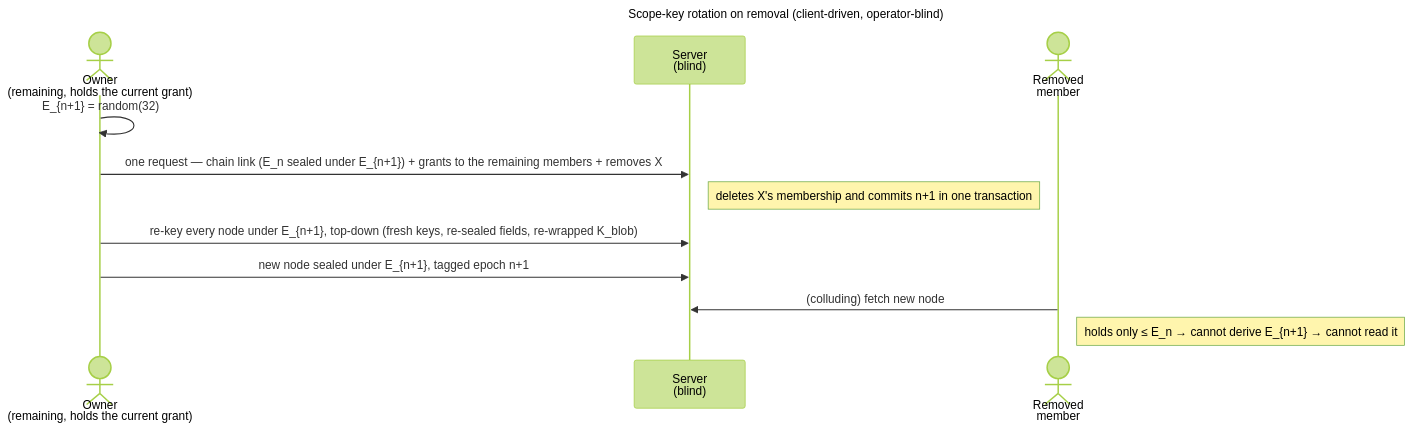
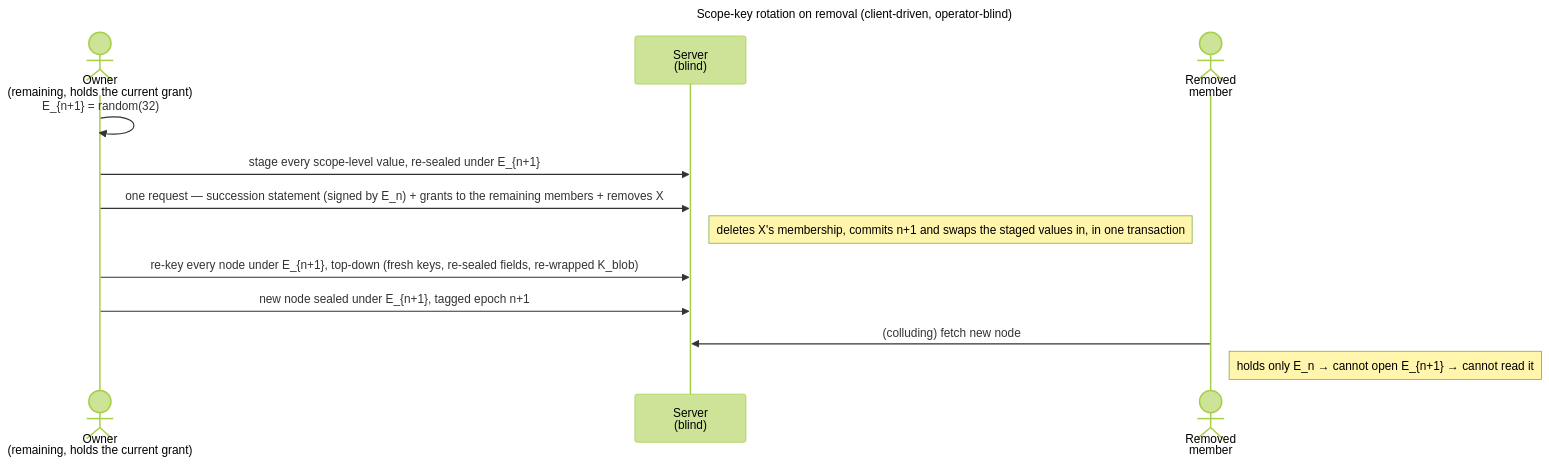
The diagram in docs/features/spaces/enablers/en.spaces.scope-key-rotation.md (raddatzk/veyq), drawn with Mermaid (forest theme) before and after one commit. The commit also changed other lines of this file and 80 other files, not shown here.

````diff
--- a/docs/features/spaces/enablers/en.spaces.scope-key-rotation.md
+++ b/docs/features/spaces/enablers/en.spaces.scope-key-rotation.md
@@ -57,16 +62,17 @@
 ```mermaid
 ---
 title: Scope-key rotation on removal (client-driven, operator-blind)
 ---
 sequenceDiagram
   actor O as Owner<br>(remaining, holds the current grant)
   participant S as Server<br>(blind)
   actor X as Removed<br>member
   O->>O: E_{n+1} = random(32)
-  O->>S: one request — chain link (E_n sealed under E_{n+1}) + grants to the remaining members + removes X
-  Note right of S: deletes X's membership and commits n+1 in one transaction
+  O->>S: stage every scope-level value, re-sealed under E_{n+1}
+  O->>S: one request — succession statement (signed by E_n) + grants to the remaining members + removes X
+  Note right of S: deletes X's membership, commits n+1 and swaps the staged values in, in one transaction
   O->>S: re-key every node under E_{n+1}, top-down (fresh keys, re-sealed fields, re-wrapped K_blob)
   O->>S: new node sealed under E_{n+1}, tagged epoch n+1
   X->>S: (colluding) fetch new node
-  Note right of X: holds only ≤ E_n → cannot derive E_{n+1} → cannot read it
+  Note right of X: holds only E_n → cannot open E_{n+1} → cannot read it
 ```
````
